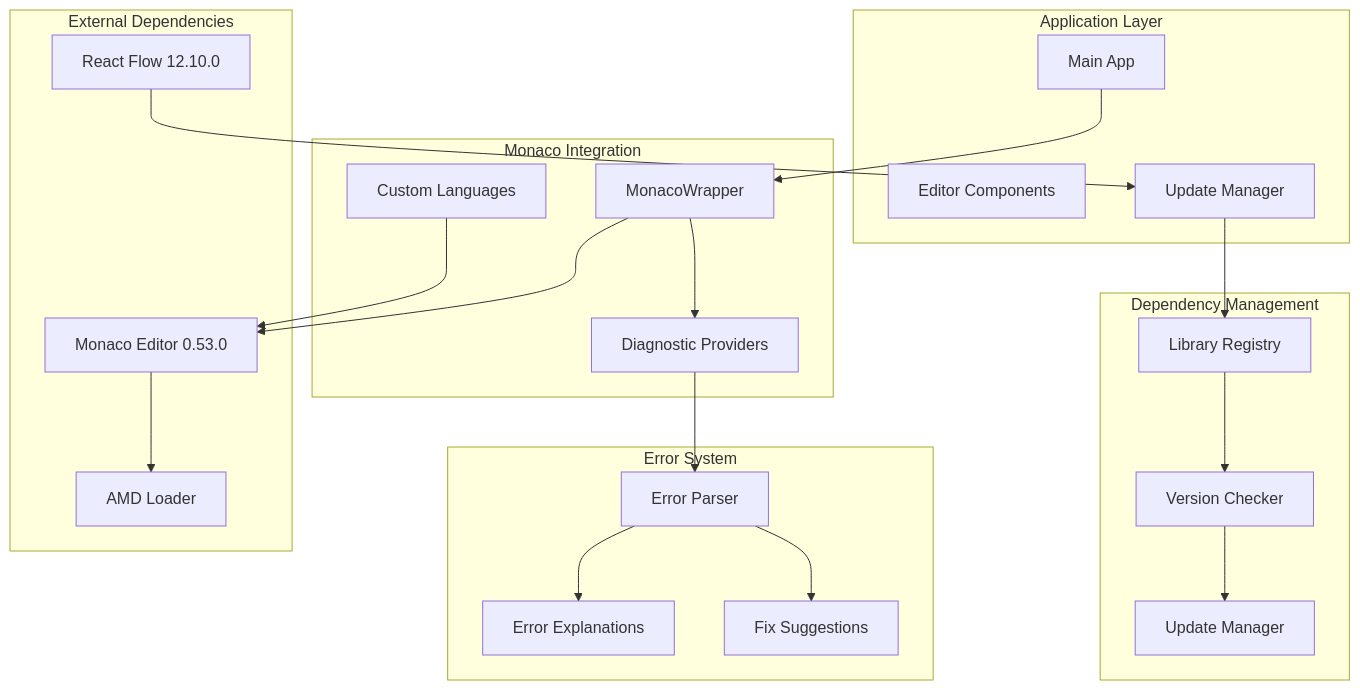
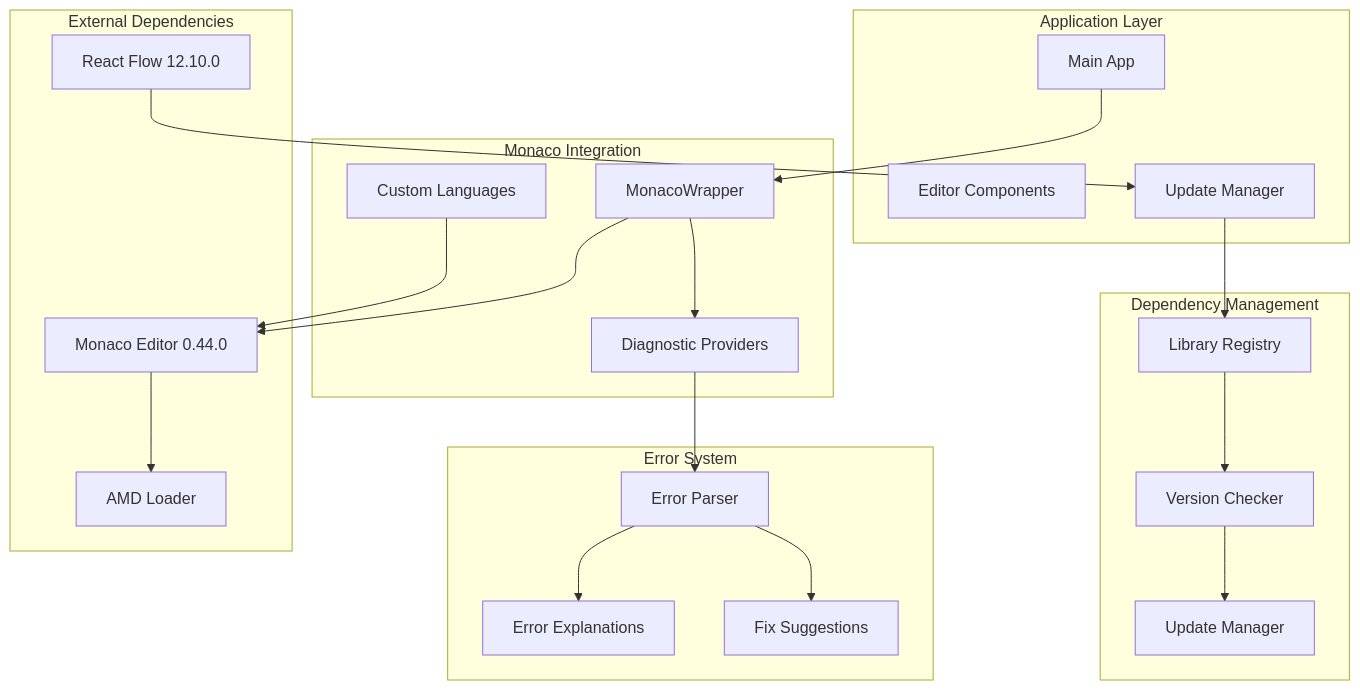
Before and after one commit to ongchonghian/universal-diagram-editor: the first of 4 diagrams in .qoder/repowiki/en/content/Editor Architecture/Monaco Editor Integration.md, drawn with Mermaid. The commit also changed other lines of this file and 31 other files, not shown here.

````diff
--- a/.qoder/repowiki/en/content/Editor Architecture/Monaco Editor Integration.md
+++ b/.qoder/repowiki/en/content/Editor Architecture/Monaco Editor Integration.md
@@ -54,40 +53,40 @@
 ```mermaid
 graph TB
 subgraph "Application Layer"
 App[Main App]
 Editors[Editor Components]
 UpdateSystem[Update Manager]
 end
 subgraph "Monaco Integration"
 Wrapper[MonacoWrapper]
 Providers[Diagnostic Providers]
 Languages[Custom Languages]
 end
 subgraph "Error System"
 Parser[Error Parser]
 Explanations[Error Explanations]
 Fixes[Fix Suggestions]
 end
 subgraph "Dependency Management"
 Registry[Library Registry]
 Checker[Version Checker]
 Updater[Update Manager]
 end
 subgraph "External Dependencies"
-Monaco[Monaco Editor 0.53.0]
+Monaco[Monaco Editor 0.44.0]
 AMD[AMD Loader]
 ReactFlow[React Flow 12.10.0]
 end
 App --> Wrapper
 Wrapper --> Monaco
 Wrapper --> Providers
 Providers --> Parser
 Parser --> Explanations
 Parser --> Fixes
 Monaco --> AMD
 Languages --> Monaco
 UpdateSystem --> Registry
 Registry --> Checker
 Checker --> Updater
 ReactFlow --> UpdateSystem
 ```
````
